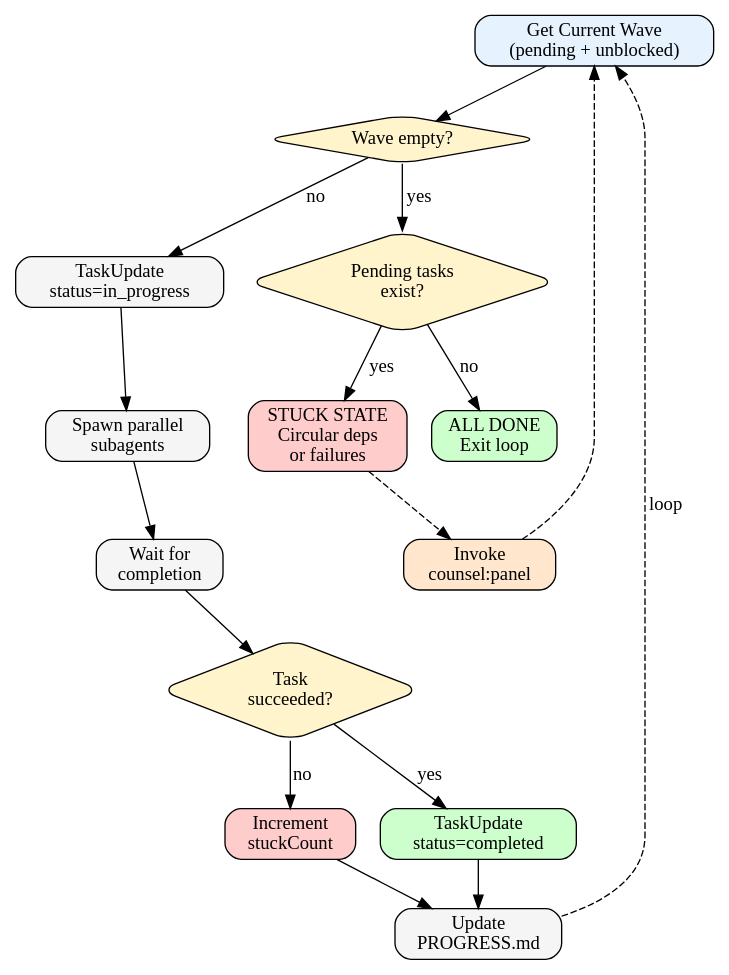
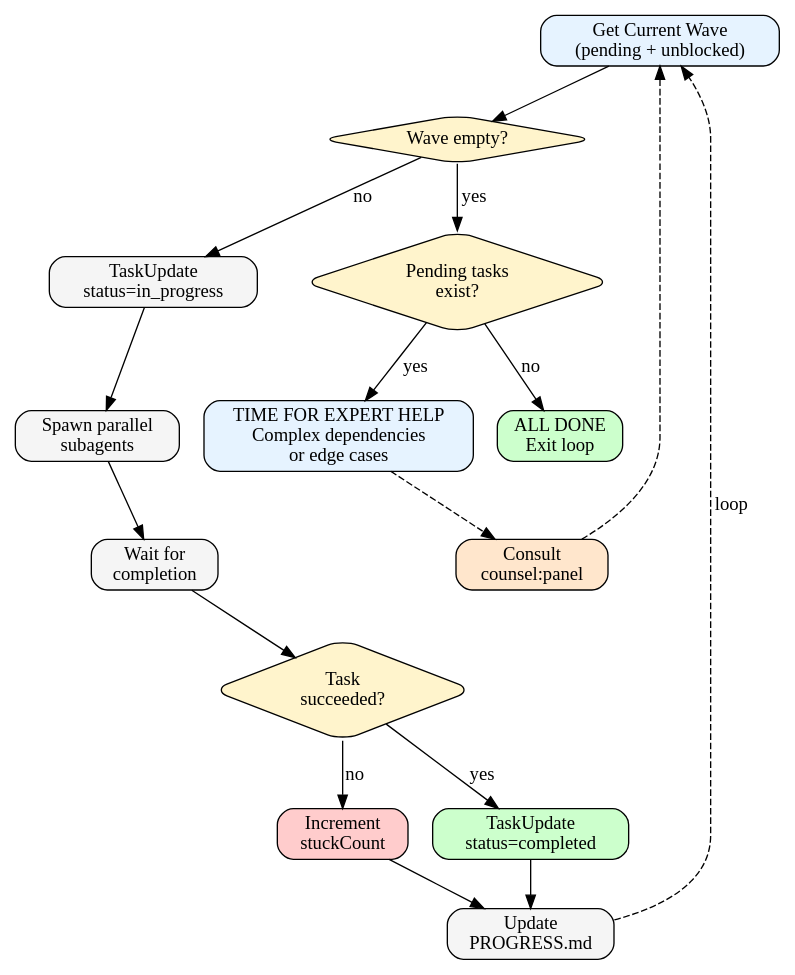
The diagram in loop/skills/start/references/waves.md (saadshahd/moo.md), drawn with Graphviz before and after one commit. The commit also changed other lines of this file and 10 other files, not shown here.

````diff
--- a/loop/skills/start/references/waves.md
+++ b/loop/skills/start/references/waves.md
@@ -53,41 +53,41 @@
 ```dot
 digraph WaveExecution {
   rankdir=TB
   node [shape=box, style="rounded,filled", fillcolor="#f5f5f5"]
 
   Start [label="Get Current Wave\n(pending + unblocked)", fillcolor="#e6f3ff"]
 
   CheckWave [label="Wave empty?", shape=diamond, fillcolor="#fff4cc"]
   CheckPending [label="Pending tasks\nexist?", shape=diamond, fillcolor="#fff4cc"]
 
-  Stuck [label="STUCK STATE\nCircular deps\nor failures", fillcolor="#ffcccc"]
-  Counsel [label="Invoke\ncounsel:panel", fillcolor="#ffe6cc"]
+  NeedsHelp [label="TIME FOR EXPERT HELP\nComplex dependencies\nor edge cases", fillcolor="#e6f3ff"]
+  Counsel [label="Consult\ncounsel:panel", fillcolor="#ffe6cc"]
 
   Done [label="ALL DONE\nExit loop", fillcolor="#ccffcc"]
 
   MarkProgress [label="TaskUpdate\nstatus=in_progress"]
   Spawn [label="Spawn parallel\nsubagents"]
   Wait [label="Wait for\ncompletion"]
 
   CheckResult [label="Task\nsucceeded?", shape=diamond, fillcolor="#fff4cc"]
   MarkComplete [label="TaskUpdate\nstatus=completed", fillcolor="#ccffcc"]
   MarkStuck [label="Increment\nstuckCount", fillcolor="#ffcccc"]
 
   Update [label="Update\nPROGRESS.md"]
 
   Start -> CheckWave
   CheckWave -> CheckPending [label="yes"]
   CheckWave -> MarkProgress [label="no"]
 
-  CheckPending -> Stuck [label="yes"]
+  CheckPending -> NeedsHelp [label="yes"]
   CheckPending -> Done [label="no"]
-  Stuck -> Counsel -> Start [style=dashed]
+  NeedsHelp -> Counsel -> Start [style=dashed]
 
   MarkProgress -> Spawn -> Wait -> CheckResult
   CheckResult -> MarkComplete [label="yes"]
   CheckResult -> MarkStuck [label="no"]
   MarkComplete -> Update
   MarkStuck -> Update
   Update -> Start [style=dashed, label="loop"]
 }
 ```
````
